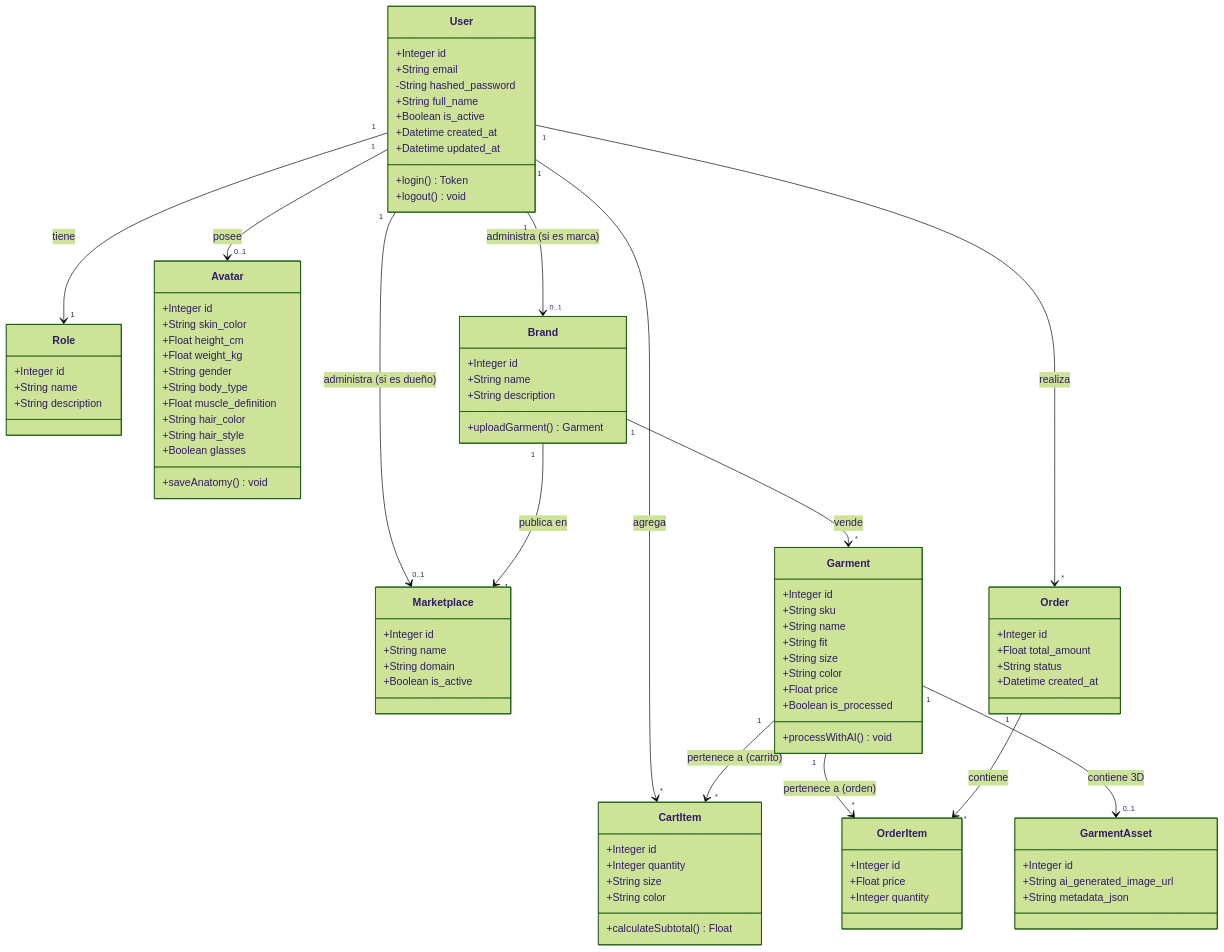
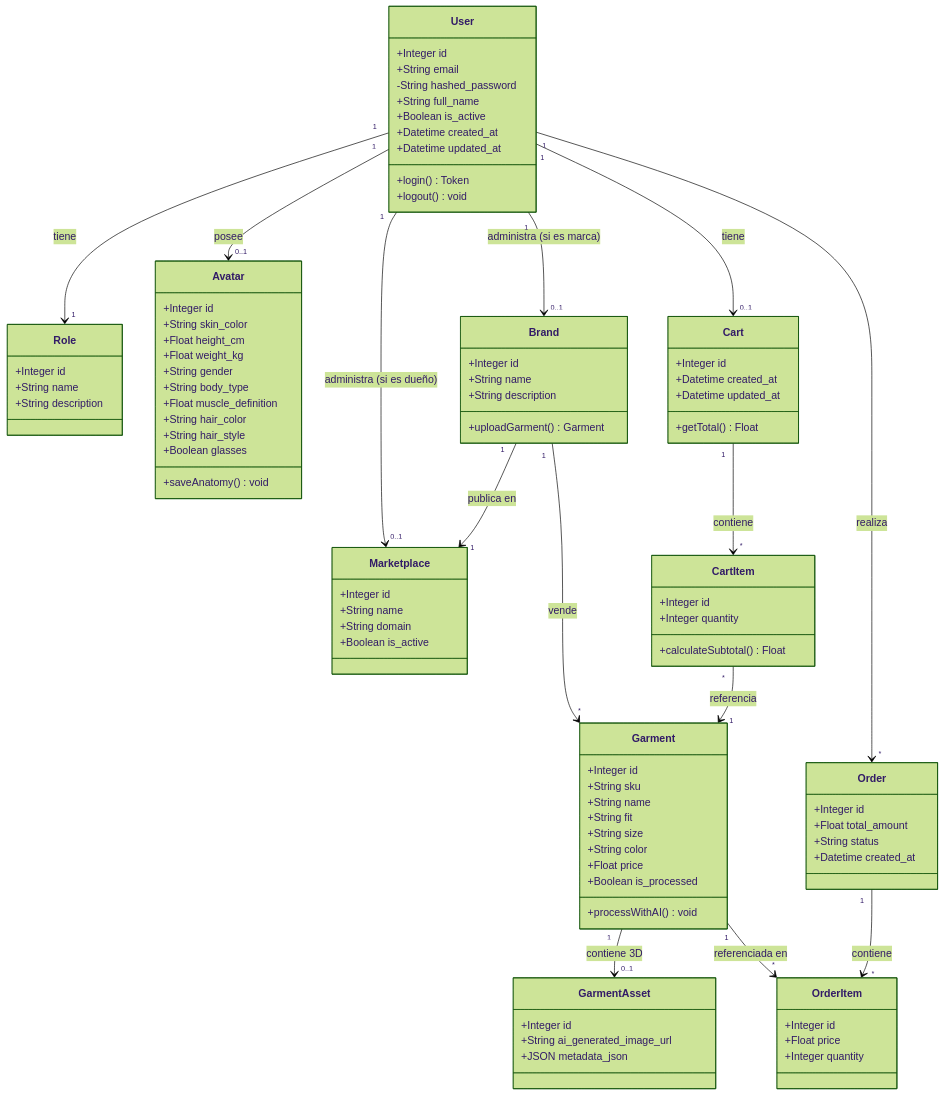
Before and after one commit to tominadal/TryOn_progra2: the diagram in docs/diagrama_clases.md, drawn with Mermaid (forest theme). The commit also changed other lines of this file and 11 other files, not shown here.

````diff
--- a/docs/diagrama_clases.md
+++ b/docs/diagrama_clases.md
@@ -58,7 +58,7 @@
     class GarmentAsset {
         +Integer id
         +String ai_generated_image_url
-        +String metadata_json
+        +JSON metadata_json
     }
 
     class Brand {
@@ -68,11 +68,16 @@
         +uploadGarment() Garment
     }
 
+    class Cart {
+        +Integer id
+        +Datetime created_at
+        +Datetime updated_at
+        +getTotal() Float
+    }
+
     class CartItem {
         +Integer id
         +Integer quantity
-        +String size
-        +String color
         +calculateSubtotal() Float
     }
 
@@ -92,17 +97,19 @@
     %% Asociaciones
     User "1" --> "1" Role : tiene
     User "1" --> "0..1" Avatar : posee
-    User "1" --> "*" CartItem : agrega
+    User "1" --> "0..1" Cart : tiene
     User "1" --> "*" Order : realiza
     User "1" --> "0..1" Brand : administra (si es marca)
     User "1" --> "0..1" Marketplace : administra (si es dueño)
-    
+
     Brand "1" --> "1" Marketplace : publica en
     Brand "1" --> "*" Garment : vende
-    
+
+    Cart "1" --> "*" CartItem : contiene
+    CartItem "*" --> "1" Garment : referencia
+
     Garment "1" --> "0..1" GarmentAsset : contiene 3D
-    Garment "1" --> "*" CartItem : pertenece a (carrito)
-    Garment "1" --> "*" OrderItem : pertenece a (orden)
-    
+    Garment "1" --> "*" OrderItem : referenciada en
+
     Order "1" --> "*" OrderItem : contiene
 ```
````
